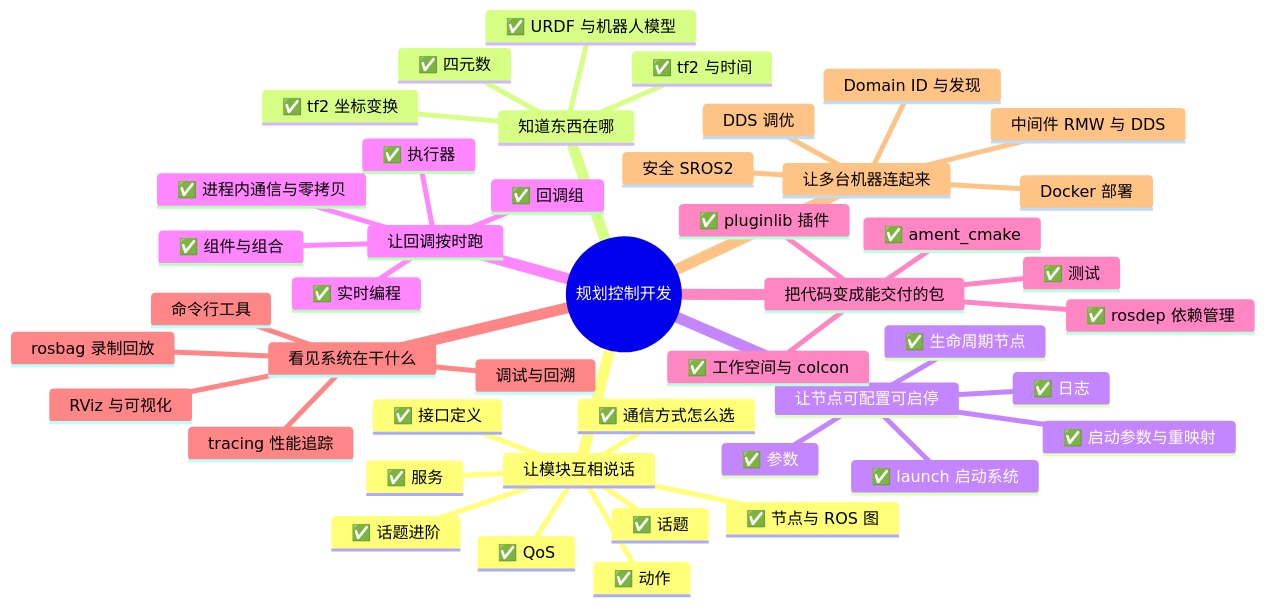
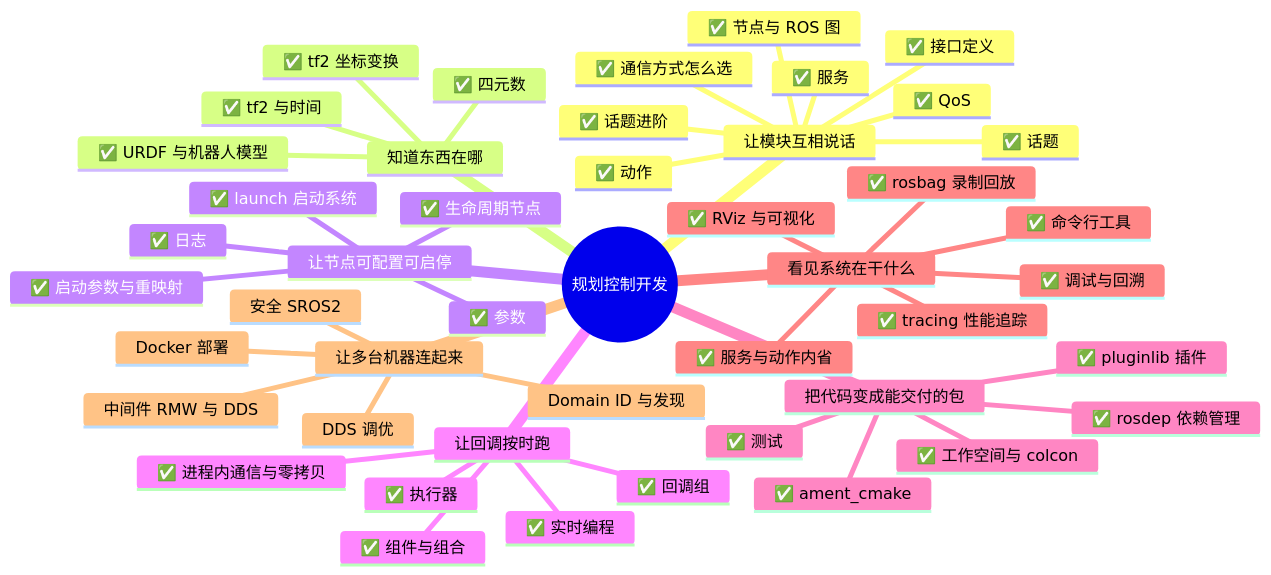
The diagram in study/map/overview.md (kevins-96/ros2_documentation), drawn with Mermaid before and after one commit. The commit also changed other lines of this file and 29 other files, not shown here.

````diff
--- a/study/map/overview.md
+++ b/study/map/overview.md
@@ -6,48 +6,49 @@
 ```mermaid
 mindmap
   root((规划控制开发))
     让模块互相说话
       ✅ 节点与 ROS 图
       ✅ 通信方式怎么选
       ✅ 话题
       ✅ QoS
       ✅ 服务
       ✅ 动作
       ✅ 接口定义
       ✅ 话题进阶
     知道东西在哪
       ✅ tf2 坐标变换
       ✅ tf2 与时间
       ✅ 四元数
       ✅ URDF 与机器人模型
     让节点可配置可启停
       ✅ 参数
       ✅ 生命周期节点
       ✅ launch 启动系统
       ✅ 启动参数与重映射
       ✅ 日志
     让回调按时跑
       ✅ 执行器
       ✅ 回调组
       ✅ 组件与组合
       ✅ 进程内通信与零拷贝
       ✅ 实时编程
     把代码变成能交付的包
       ✅ 工作空间与 colcon
       ✅ ament_cmake
       ✅ rosdep 依赖管理
       ✅ pluginlib 插件
       ✅ 测试
     看见系统在干什么
-      命令行工具
-      rosbag 录制回放
-      调试与回溯
-      tracing 性能追踪
-      RViz 与可视化
+      ✅ 命令行工具
+      ✅ rosbag 录制回放
+      ✅ 服务与动作内省
+      ✅ 调试与回溯
+      ✅ tracing 性能追踪
+      ✅ RViz 与可视化
     让多台机器连起来
       中间件 RMW 与 DDS
       Domain ID 与发现
       DDS 调优
       Docker 部署
       安全 SROS2
 ```
````
